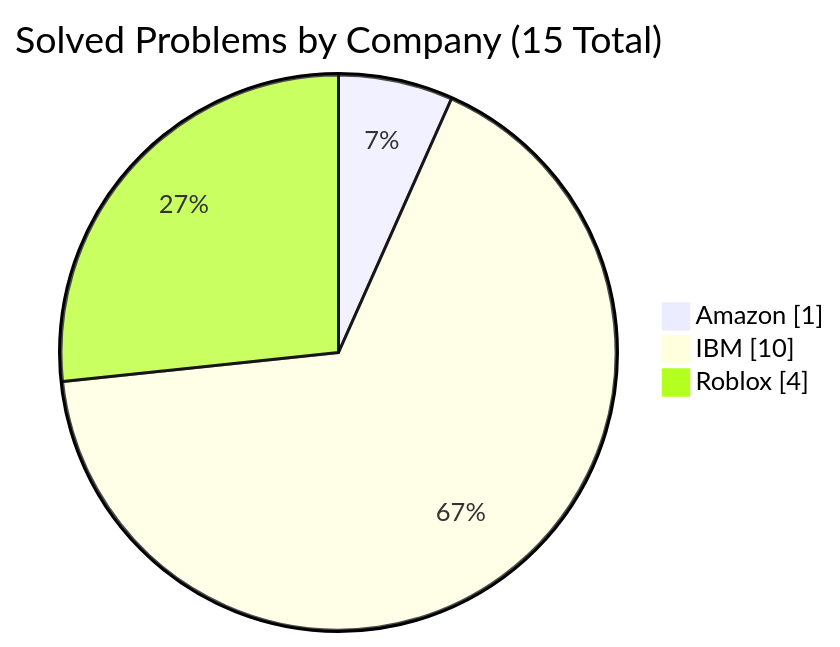
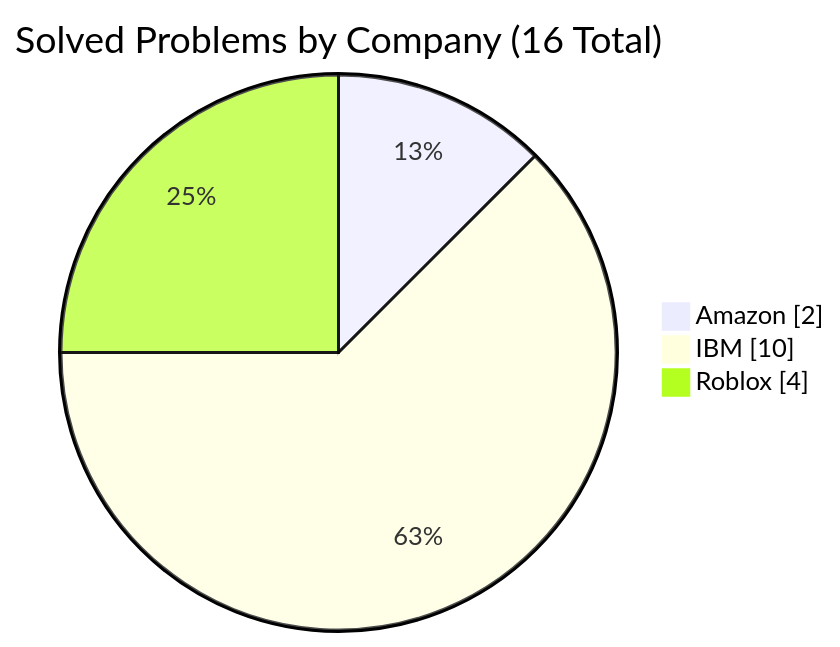
The fourth of 4 diagrams in README.md (simonesiega/leetcode-solutions), drawn with Mermaid before and after one commit. The commit also changed 4 other files, not shown here.

````diff
--- a/README.md
+++ b/README.md
@@ -168,7 +168,7 @@
 ```mermaid
 pie showData
-    title Solved Problems by Company (15 Total)
-    "Amazon" : 1
+    title Solved Problems by Company (16 Total)
+    "Amazon" : 2
     "IBM" : 10
     "Roblox" : 4
 ```
````
